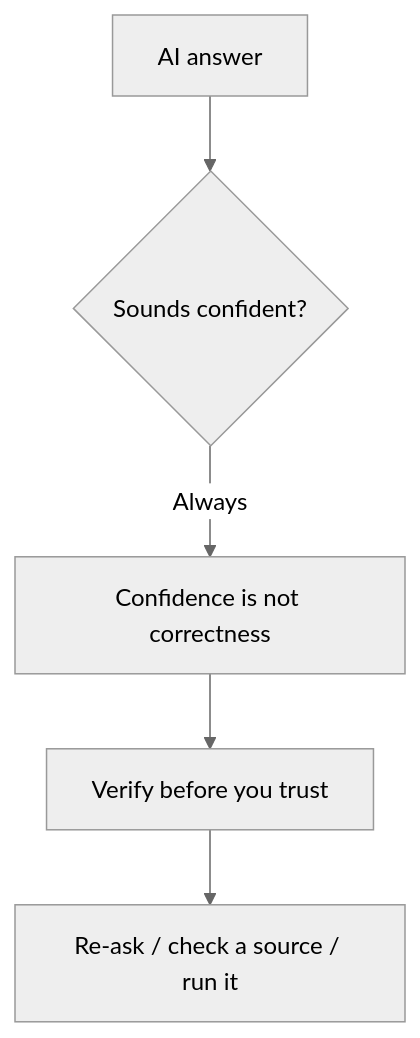
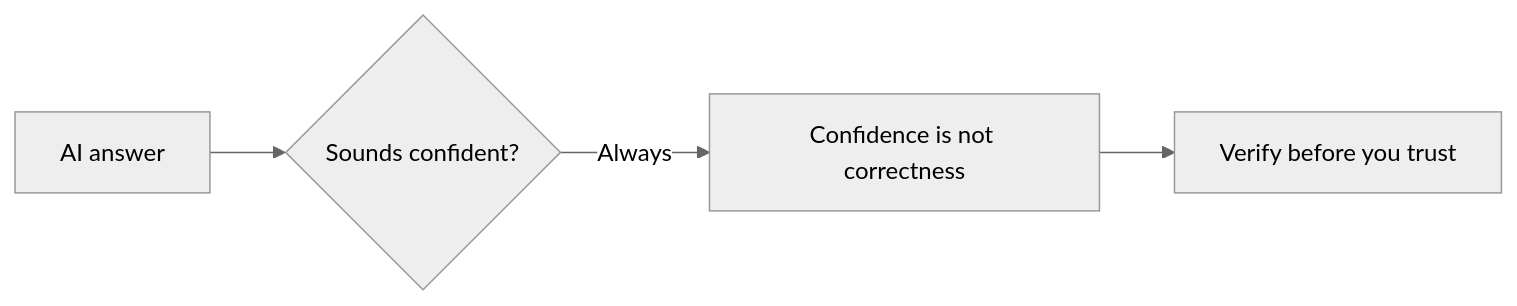
The diagram in docs/lessons/a01.md (KakkoiDev/izumo-io), drawn with Mermaid (neutral theme) before and after one commit. The commit also changed other lines of this file and 256 other files, not shown here.

First line of the commit message:
Restructure AI course to 8 lessons; fix mermaid font clipping

````diff
--- a/docs/lessons/a01.md
+++ b/docs/lessons/a01.md
@@ -20,7 +21,6 @@
 ```mermaid
-flowchart TD
+flowchart LR
     A[AI answer] --> B{Sounds confident?}
     B -->|Always| C[Confidence is not correctness]
     C --> D[Verify before you trust]
-    D --> E[Re-ask / check a source / run it]
 ```
````
